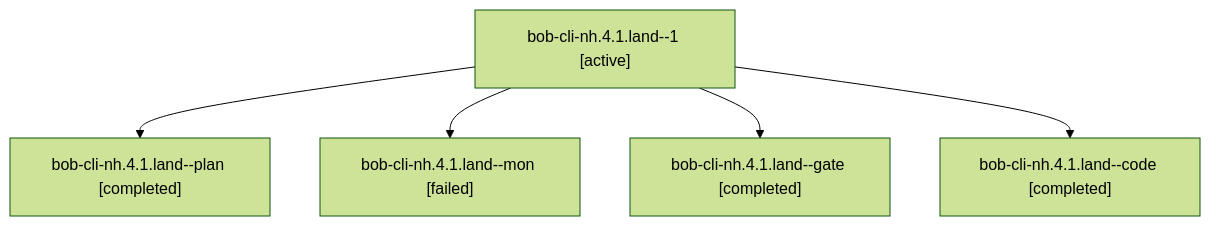
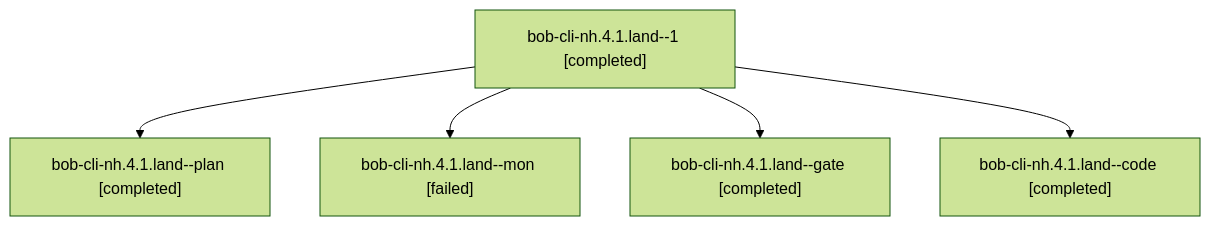
The diagram in sessions/bbugyi200.athena.bob-cli-nh.4.1.land.md (bobs-org/bob-cli--agents), drawn with Mermaid (forest theme) before and after one commit. The commit also changed other lines of this file and 101 other files, not shown here.

````diff
--- a/sessions/bbugyi200.athena.bob-cli-nh.4.1.land.md
+++ b/sessions/bbugyi200.athena.bob-cli-nh.4.1.land.md
@@ -9,12 +9,12 @@
 ```mermaid
 flowchart TD
-  n0["bob-cli-nh.4.1.land--1 [active]"]
+  n0["bob-cli-nh.4.1.land--1 [completed]"]
   n1["bob-cli-nh.4.1.land--plan [completed]"]
   n0 --> n1
   n2["bob-cli-nh.4.1.land--mon [failed]"]
   n0 --> n2
   n3["bob-cli-nh.4.1.land--gate [completed]"]
   n0 --> n3
   n4["bob-cli-nh.4.1.land--code [completed]"]
   n0 --> n4
 ```
````
